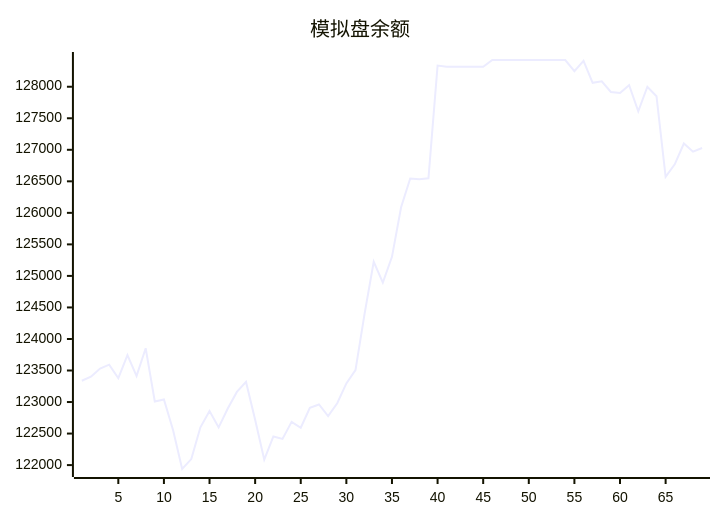
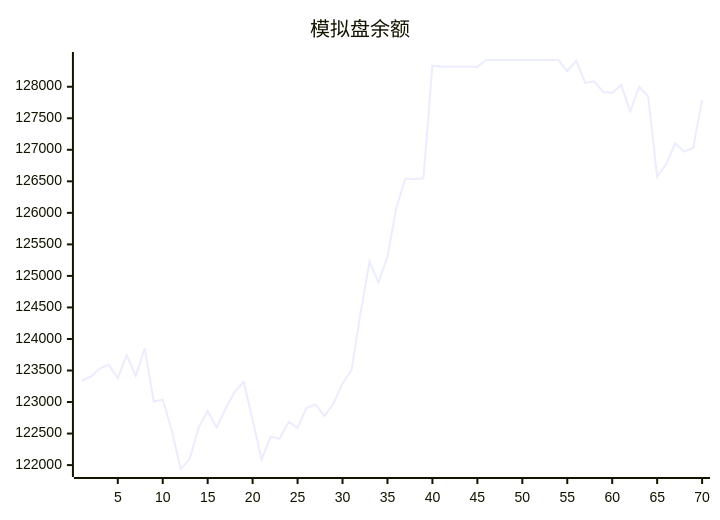
Before and after one commit to aahl/mcp-aktools: the diagram in trading/README.md, drawn with Mermaid. The commit also changed other lines of this file and 1 other file, not shown here.

````diff
--- a/trading/README.md
+++ b/trading/README.md
@@ -3,5 +3,5 @@
 ```mermaid
 xychart
     title "模拟盘余额"
-    line [123338,123402,123530,123592,123378,123745,123413,123853,123009,123040,122557,121938,122095,122599,122856,122597,122898,123160,123319,122719,122087,122454,122416,122685,122592,122907,122961,122776,122981,123295,123507,124403,125224,124894,125303,126088,126544,126534,126549,128335,128318,128318,128318,128318,128318,128424,128424,128424,128424,128424,128424,128424,128424,128424,128247,128412,128062,128087,127917,127901,128026,127611,128000,127850,126572,126770,127100,126971,127029]
+    line [123338,123402,123530,123592,123378,123745,123413,123853,123009,123040,122557,121938,122095,122599,122856,122597,122898,123160,123319,122719,122087,122454,122416,122685,122592,122907,122961,122776,122981,123295,123507,124403,125224,124894,125303,126088,126544,126534,126549,128335,128318,128318,128318,128318,128318,128424,128424,128424,128424,128424,128424,128424,128424,128424,128247,128412,128062,128087,127917,127901,128026,127611,128000,127850,126572,126770,127100,126971,127029,127783]
 ```
````
